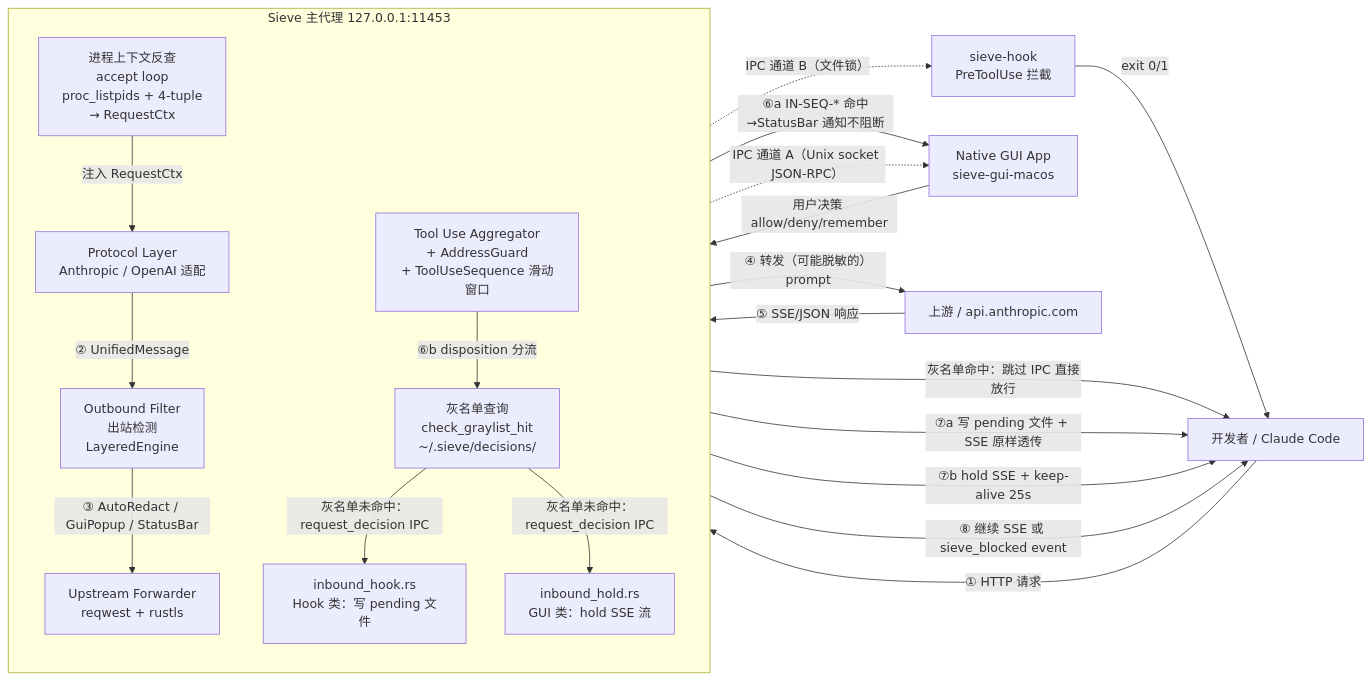
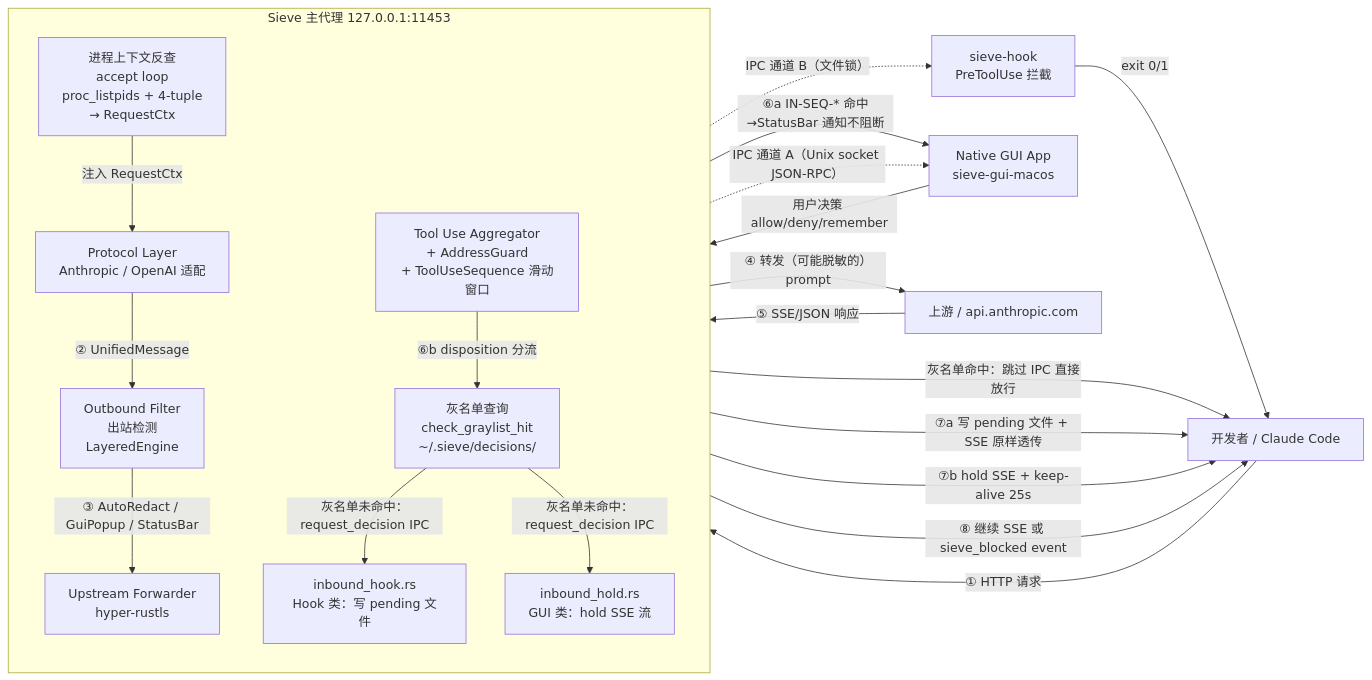
Before and after one commit to SieveAI-dev/sieve: the diagram in docs/design/architecture.md, drawn with Mermaid. The commit also changed other lines of this file and 38 other files, not shown here.

````diff
--- a/docs/design/architecture.md
+++ b/docs/design/architecture.md
@@ -131,39 +131,39 @@
 ```mermaid
 flowchart LR
     Dev[开发者 / Claude Code]
     Hook[sieve-hook<br/>PreToolUse 拦截]
     GUI[Native GUI App<br/>sieve-gui-macos]
 
     subgraph Sieve [Sieve 主代理 127.0.0.1:11453]
         direction TB
         ProcCtx[进程上下文反查<br/>accept loop<br/>proc_listpids + 4-tuple<br/>→ RequestCtx]
         Proto[Protocol Layer<br/>Anthropic / OpenAI 适配]
         Out[Outbound Filter<br/>出站检测<br/>LayeredEngine]
-        Fwd[Upstream Forwarder<br/>reqwest + rustls]
+        Fwd[Upstream Forwarder<br/>hyper-rustls]
         InHook[inbound_hook.rs<br/>Hook 类：写 pending 文件]
         InHold[inbound_hold.rs<br/>GUI 类：hold SSE 流]
         Agg[Tool Use Aggregator<br/>+ AddressGuard<br/>+ ToolUseSequence 滑动窗口]
         GL[灰名单查询<br/>check_graylist_hit<br/>~/.sieve/decisions/]
     end
 
     Up[上游 / api.anthropic.com]
 
     Dev -->|① HTTP 请求| ProcCtx
     ProcCtx -->|注入 RequestCtx| Proto
     Proto -->|② UnifiedMessage| Out
     Out -->|③ AutoRedact / GuiPopup / StatusBar| Fwd
     Fwd -->|④ 转发（可能脱敏的）prompt| Up
     Up -->|⑤ SSE/JSON 响应| Agg
     Agg -->|⑥a IN-SEQ-* 命中→StatusBar 通知不阻断| GUI
     Agg -->|⑥b disposition 分流| GL
     GL -->|灰名单命中：跳过 IPC 直接放行| Dev
     GL -->|灰名单未命中：request_decision IPC| InHook
     GL -->|灰名单未命中：request_decision IPC| InHold
     InHook -->|⑦a 写 pending 文件 + SSE 原样透传| Dev
     InHook -.->|IPC 通道 B（文件锁）| Hook
     Hook -->|exit 0/1| Dev
     InHold -->|⑦b hold SSE + keep-alive 25s| Dev
     InHold -.->|IPC 通道 A（Unix socket JSON-RPC）| GUI
     GUI -->|用户决策 allow/deny/remember| InHold
     InHold -->|⑧ 继续 SSE 或 sieve_blocked event| Dev
 ```
````
